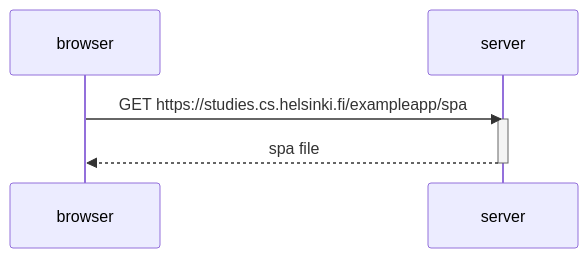
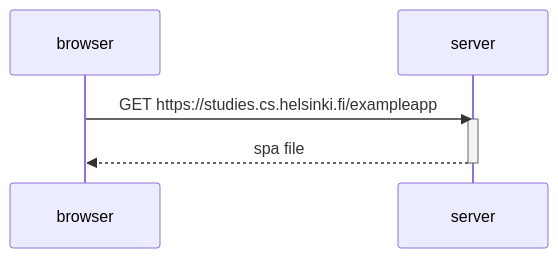
The diagram in Part0/Excercise5.md (Albertscpv/FullStackOpen), drawn with Mermaid before and after one commit.

````diff
--- a/Part0/Excercise5.md
+++ b/Part0/Excercise5.md
@@ -1,14 +1,14 @@
 ```mermaid
 sequenceDiagram
     participant browser
     participant server
 
-    browser->>server: GET https://studies.cs.helsinki.fi/exampleapp/spa
+    browser->>server: GET https://studies.cs.helsinki.fi/exampleapp
     activate server
     server-->>browser: spa file
     deactivate server
 
     %% It only reloads the spa file to get changes
 
 
 ```
````
